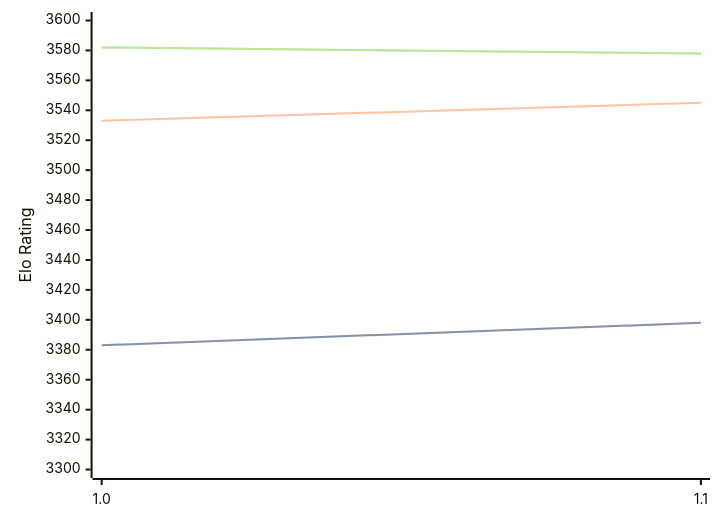
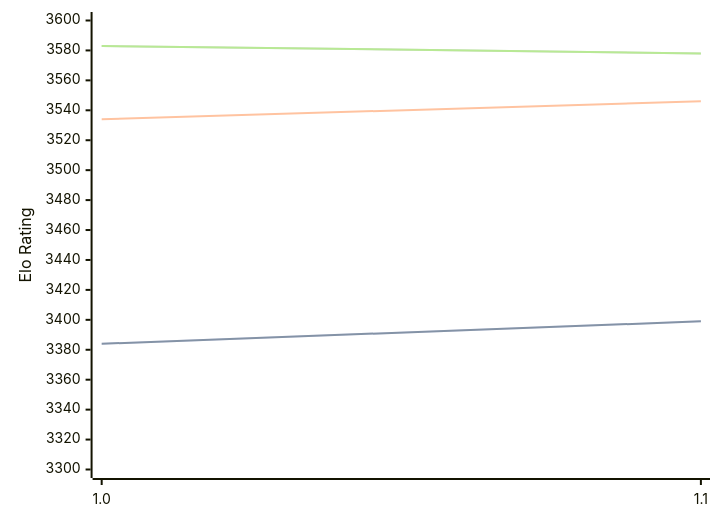
One commit to computer-chess-index/cci changed the diagram in engines/Horsie.md. Above: the diagram before and after it, drawn with Mermaid. The commit also changed other lines of this file, not shown here.

Commit message:
Update CCI Ratings (ELO VLTC) - 2026-05-14

````diff
--- a/engines/Horsie.md
+++ b/engines/Horsie.md
@@ -32,11 +32,11 @@
 ```mermaid
 %%{init: {"theme":"base","themeVariables":{"seriesColors:['#a3a3a3','#222221','#faa371']}}}%%
 xychart-beta
   x-axis ["1.0", "1.1"]
   y-axis "Elo Rating" 3300 --> 3600
-  line "STC (8.0+0.08s)" [3383, 3398]
-  line "STC (8.0+0.08s)" [3383, 3398]
-  line "LTC (60.0+0.60s)" [3533, 3545]
-  line "VLTC (2m24s+1.12s)" [3582, 3578]
-  line "VLTC (2m24s+1.12s)" [3582, 3578]
+  line "STC (8.0+0.08s)" [3384, 3399]
+  line "STC (8.0+0.08s)" [3384, 3399]
+  line "LTC (60.0+0.60s)" [3534, 3546]
+  line "VLTC (2m24s+1.12s)" [3583, 3578]
+  line "VLTC (2m24s+1.12s)" [3583, 3578]
 ```
````
